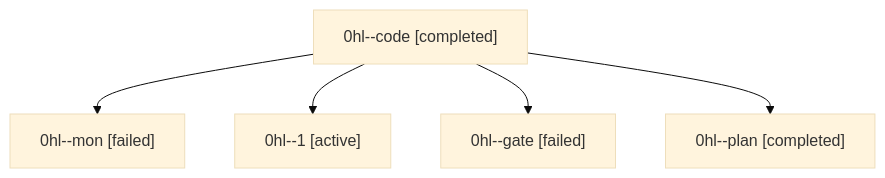
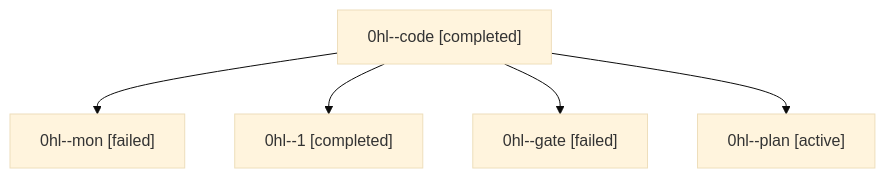
The diagram in families/bbugyi200.athena.0hl.md (sase-org/sase--agents), drawn with Mermaid (base theme) before and after one commit. The commit also changed other lines of this file and 35830 other files, not shown here.

````diff
--- a/families/bbugyi200.athena.0hl.md
+++ b/families/bbugyi200.athena.0hl.md
@@ -9,12 +9,12 @@
 ```mermaid
 flowchart TD
   n0["0hl--code [completed]"]
   n1["0hl--mon [failed]"]
   n0 --> n1
-  n2["0hl--1 [active]"]
+  n2["0hl--1 [completed]"]
   n0 --> n2
   n3["0hl--gate [failed]"]
   n0 --> n3
-  n4["0hl--plan [completed]"]
+  n4["0hl--plan [active]"]
   n0 --> n4
 ```
````
